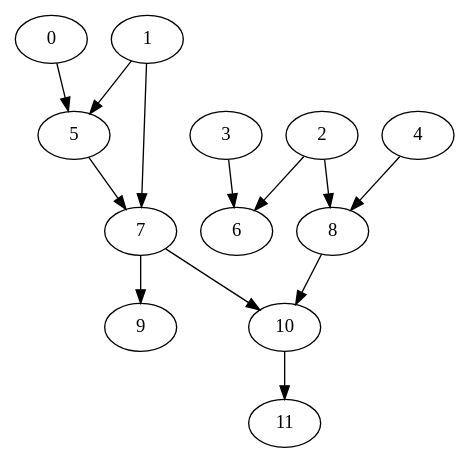
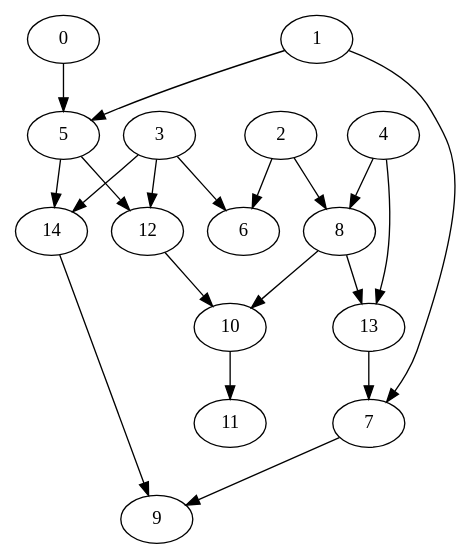
The diagram in test.dot (Ajax12345/protestGP), drawn with Graphviz before and after one commit. The commit also changed 1 other file, not shown here.

```diff
--- a/test.dot
+++ b/test.dot
@@ -1,26 +1,36 @@
 strict digraph "" {
 	0	[layer=1];
 	5	[layer=2];
 	0 -> 5;
 	1	[layer=1];
 	1 -> 5;
-	7	[layer=3];
+	7	[layer=4];
 	1 -> 7;
 	2	[layer=1];
 	6	[layer=2];
 	2 -> 6;
 	8	[layer=2];
 	2 -> 8;
 	3	[layer=1];
 	3 -> 6;
+	12	[layer=3];
+	3 -> 12;
+	14	[layer=3];
+	3 -> 14;
 	4	[layer=1];
 	4 -> 8;
-	5 -> 7;
+	13	[layer=3];
+	4 -> 13;
+	5 -> 12;
+	5 -> 14;
+	8 -> 13;
 	10	[layer=4];
 	8 -> 10;
-	9	[layer=4];
+	12 -> 10;
+	13 -> 7;
+	9	[layer=5];
+	14 -> 9;
 	7 -> 9;
-	7 -> 10;
-	11	[layer=5];
+	11	[layer=6];
 	10 -> 11;
 }
```
